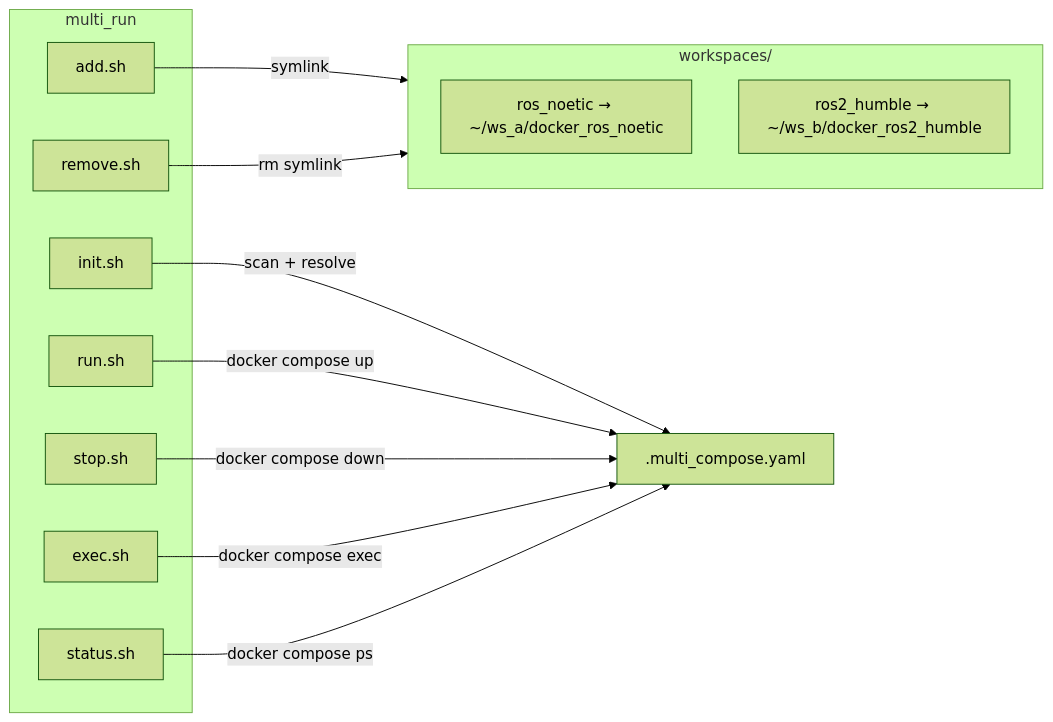
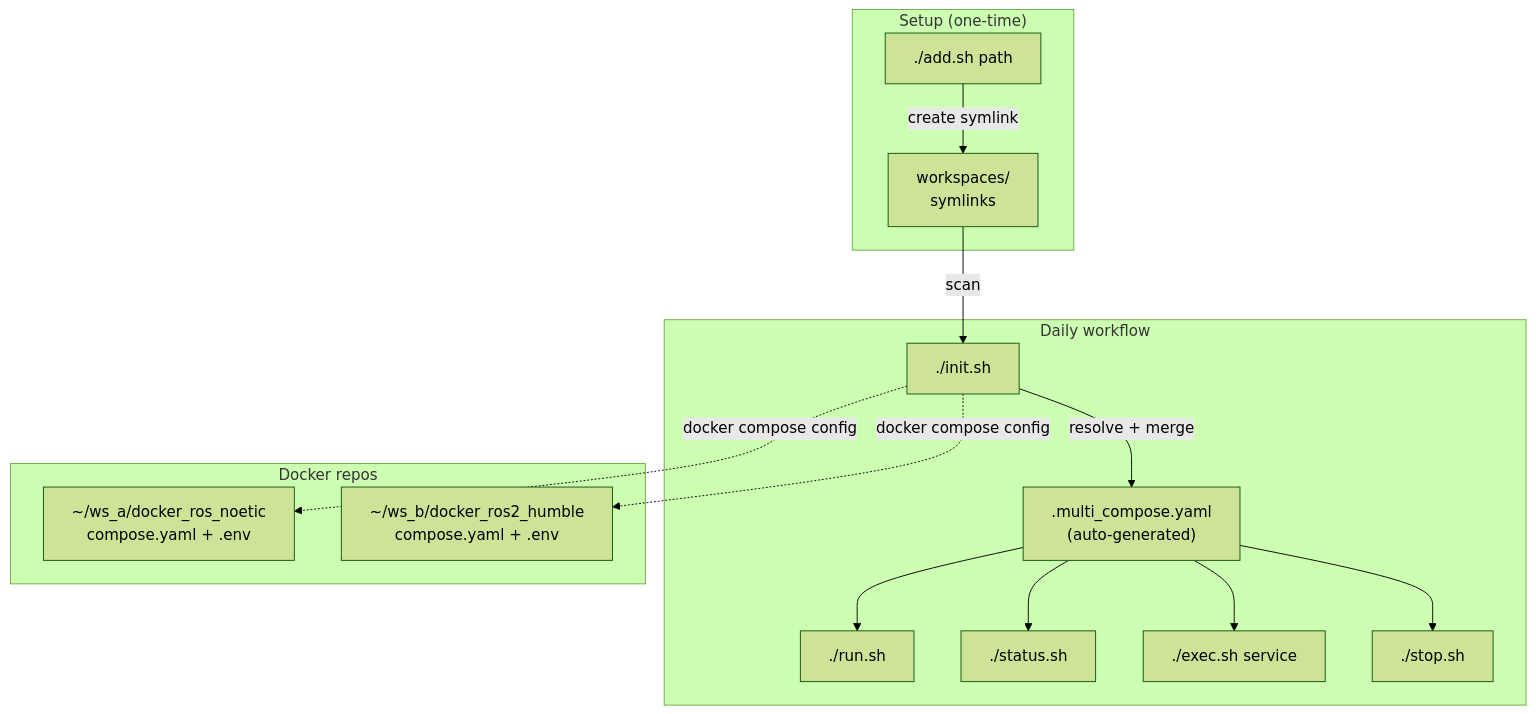
Before and after one commit to ycpss91255-docker/multi_run: the diagram in README.md, drawn with Mermaid (forest theme). The commit also changed other lines of this file, not shown here.

````diff
--- a/README.md
+++ b/README.md
@@ -34,25 +159,32 @@
 ```mermaid
-flowchart LR
-    subgraph multi_run
-        add["add.sh"]
-        init["init.sh"]
-        run["run.sh"]
-        stop["stop.sh"]
-        exec["exec.sh"]
-        status["status.sh"]
-        remove["remove.sh"]
+flowchart TD
+    subgraph "Setup (one-time)"
+        add["./add.sh path"]
+        ws["workspaces/<br/>symlinks"]
+        add -->|"create symlink"| ws
     end
 
-    subgraph workspaces["workspaces/"]
-        ws_a["ros_noetic → ~/ws_a/docker_ros_noetic"]
-        ws_b["ros2_humble → ~/ws_b/docker_ros2_humble"]
+    subgraph "Daily workflow"
+        init["./init.sh"]
+        compose[".multi_compose.yaml<br/>(auto-generated)"]
+        run["./run.sh"]
+        status["./status.sh"]
+        exec["./exec.sh service"]
+        stop["./stop.sh"]
+
+        ws -->|"scan"| init
+        init -->|"resolve + merge"| compose
+        compose --> run
+        compose --> status
+        compose --> exec
+        compose --> stop
     end
 
-    add -->|"symlink"| workspaces
-    init -->|"scan + resolve"| compose[".multi_compose.yaml"]
-    run -->|"docker compose up"| compose
-    stop -->|"docker compose down"| compose
-    exec -->|"docker compose exec"| compose
-    status -->|"docker compose ps"| compose
-    remove -->|"rm symlink"| workspaces
+    subgraph "Docker repos"
+        repo_a["~/ws_a/docker_ros_noetic<br/>compose.yaml + .env"]
+        repo_b["~/ws_b/docker_ros2_humble<br/>compose.yaml + .env"]
+    end
+
+    init -.->|"docker compose config"| repo_a
+    init -.->|"docker compose config"| repo_b
 ```
````
